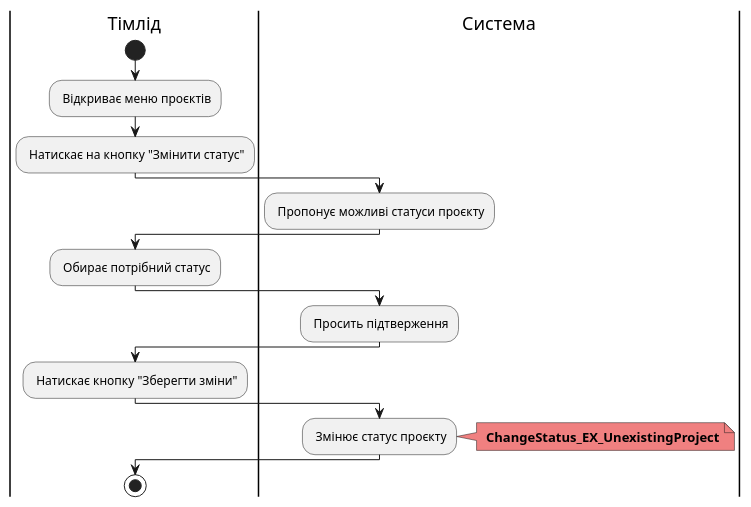
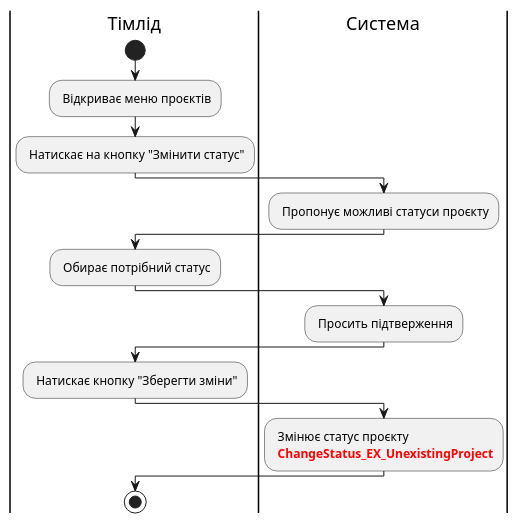
Before and after one commit to edu-db/edu_db_labs: diagram 14 of 19 in docs/use cases/README.md, drawn with PlantUML. The commit also changed other lines of this file, not shown here.

```diff
--- a/docs/use cases/README.md
+++ b/docs/use cases/README.md
@@ -558,31 +542,28 @@
 @startuml
 
     |Тімлід|
     start;
     : Відкриває меню проєктів;
 
     |Тімлід|
     : Натискає на кнопку "Змінити статус";
 
     |Система|
     : Пропонує можливі статуси проєкту;
 
     |Тімлід|
     : Обирає потрібний статус;
 
     |Система|
     : Просить підтверження;
 
     |Тімлід|
     : Натискає кнопку "Зберегти зміни";
 
     |Система|
-    : Змінює статус проєкту;
-    note right #F08080
-    <b> ChangeStatus_EX_UnexistingProject
-    end note
-
+    : Змінює статус проєкту
+    <font color="red"><b> ChangeStatus_EX_UnexistingProject;
     |Тімлід|
     stop;
 
 @enduml
```
